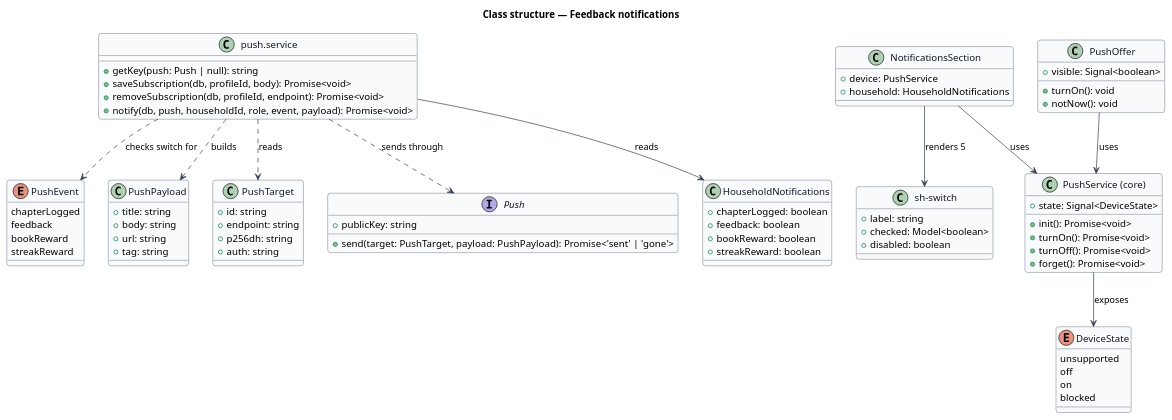
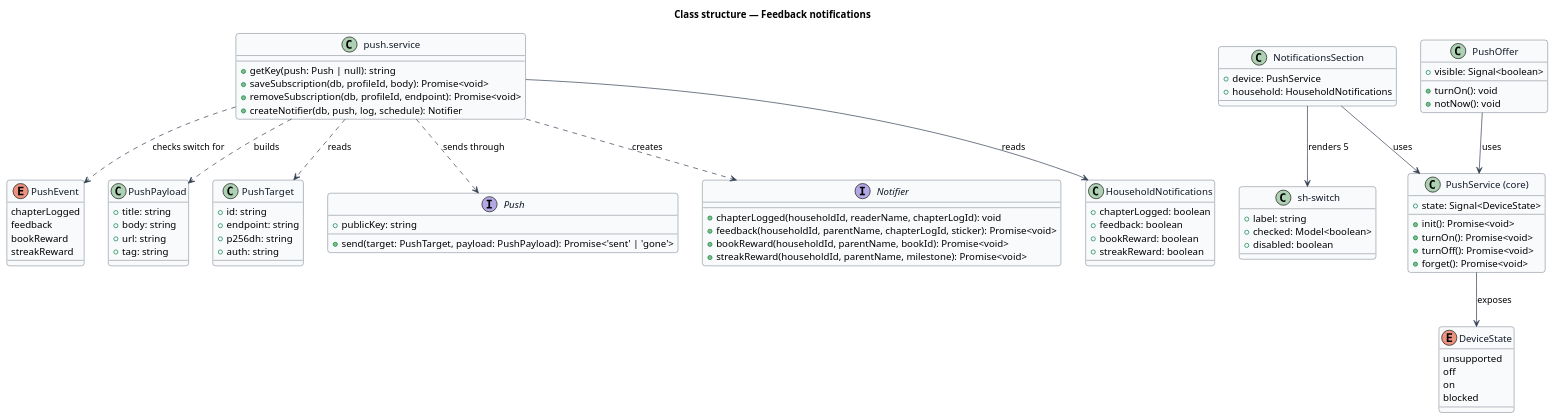
One commit to QuinntyneBrown/shelfie changed the diagram in docs/detailed-designs/shell/push-notifications/diagrams/class-structure.puml. Above: the diagram before and after it, drawn with PlantUML. The commit also changed 6 other files, not shown here.

Commit message:
API: household notification choices in the settings API (slice 3, L2-123); design follows the code

```diff
--- a/docs/detailed-designs/shell/push-notifications/diagrams/class-structure.puml
+++ b/docs/detailed-designs/shell/push-notifications/diagrams/class-structure.puml
@@ -1,95 +1,103 @@
 @startuml
 skinparam backgroundColor #FFFFFF
 skinparam shadowing false
 skinparam roundcorner 8
 skinparam defaultFontName Arial
 skinparam ArrowColor #344054
 skinparam class {
   BorderColor #344054
   FontColor #101828
   BackgroundColor #F9FAFB
 }
 title Class structure — Feedback notifications
 
 enum PushEvent {
   chapterLogged
   feedback
   bookReward
   streakReward
 }
 
 enum DeviceState {
   unsupported
   off
   on
   blocked
 }
 
 class PushPayload {
   +title: string
   +body: string
   +url: string
   +tag: string
 }
 
 class PushTarget {
   +id: string
   +endpoint: string
   +p256dh: string
   +auth: string
 }
 
 interface Push {
   +publicKey: string
   +send(target: PushTarget, payload: PushPayload): Promise<'sent' | 'gone'>
 }
 
 class "push.service" as PushService_API {
   +getKey(push: Push | null): string
   +saveSubscription(db, profileId, body): Promise<void>
   +removeSubscription(db, profileId, endpoint): Promise<void>
-  +notify(db, push, householdId, role, event, payload): Promise<void>
+  +createNotifier(db, push, log, schedule): Notifier
+}
+
+interface Notifier {
+  +chapterLogged(householdId, readerName, chapterLogId): void
+  +feedback(householdId, parentName, chapterLogId, sticker): Promise<void>
+  +bookReward(householdId, parentName, bookId): Promise<void>
+  +streakReward(householdId, parentName, milestone): Promise<void>
 }
 
 class HouseholdNotifications {
   +chapterLogged: boolean
   +feedback: boolean
   +bookReward: boolean
   +streakReward: boolean
 }
 
 class "PushService (core)" as PushService_Web {
   +state: Signal<DeviceState>
   +init(): Promise<void>
   +turnOn(): Promise<void>
   +turnOff(): Promise<void>
   +forget(): Promise<void>
 }
 
 class NotificationsSection {
   +device: PushService
   +household: HouseholdNotifications
 }
 
 class PushOffer {
   +visible: Signal<boolean>
   +turnOn(): void
   +notNow(): void
 }
 
 class "sh-switch" as Switch {
   +label: string
   +checked: Model<boolean>
   +disabled: boolean
 }
 
 PushService_API ..> Push : sends through
 PushService_API ..> PushTarget : reads
 PushService_API ..> PushPayload : builds
+PushService_API ..> Notifier : creates
 PushService_API ..> PushEvent : checks switch for
 PushService_API --> HouseholdNotifications : reads
 PushService_Web --> DeviceState : exposes
 NotificationsSection --> PushService_Web : uses
 NotificationsSection --> Switch : renders 5
 PushOffer --> PushService_Web : uses
 @enduml
```
